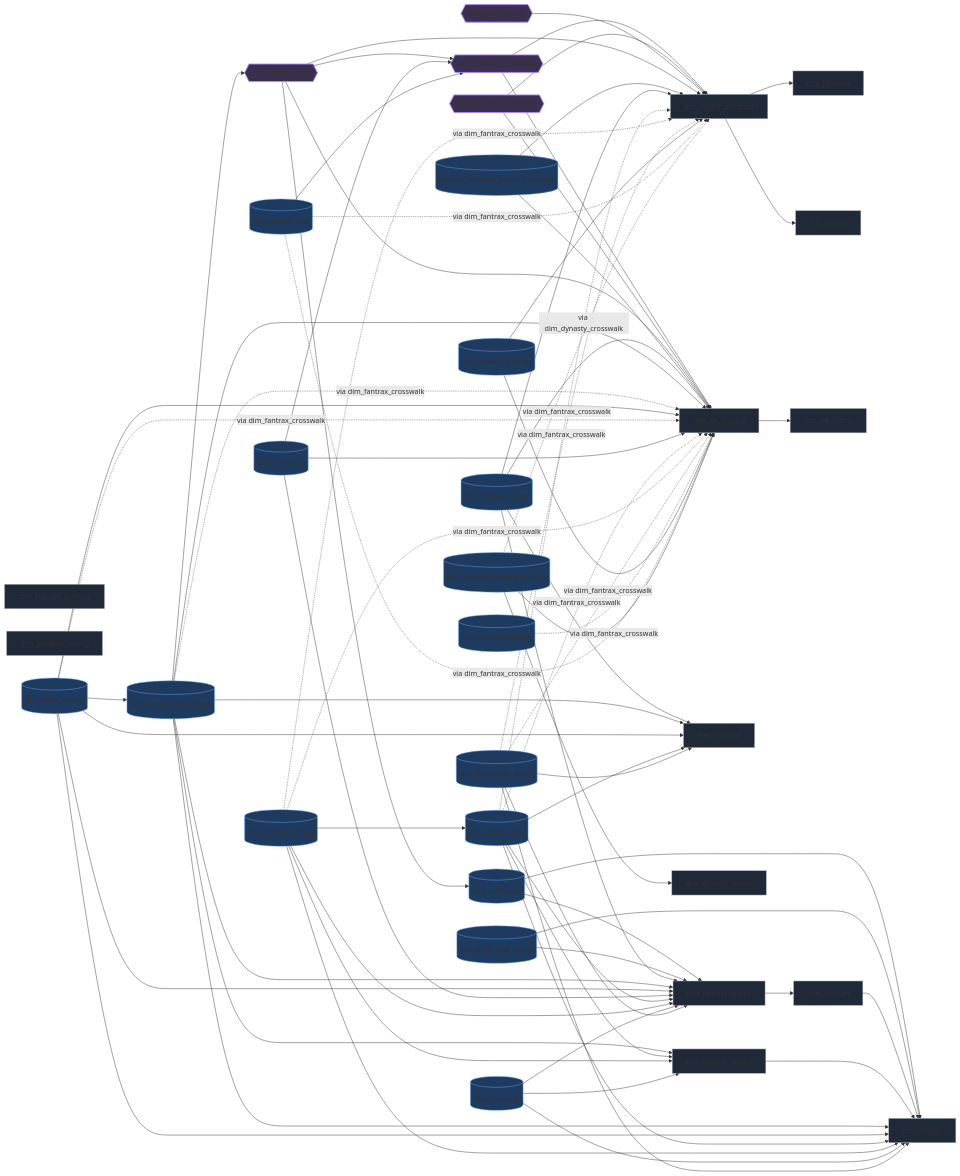
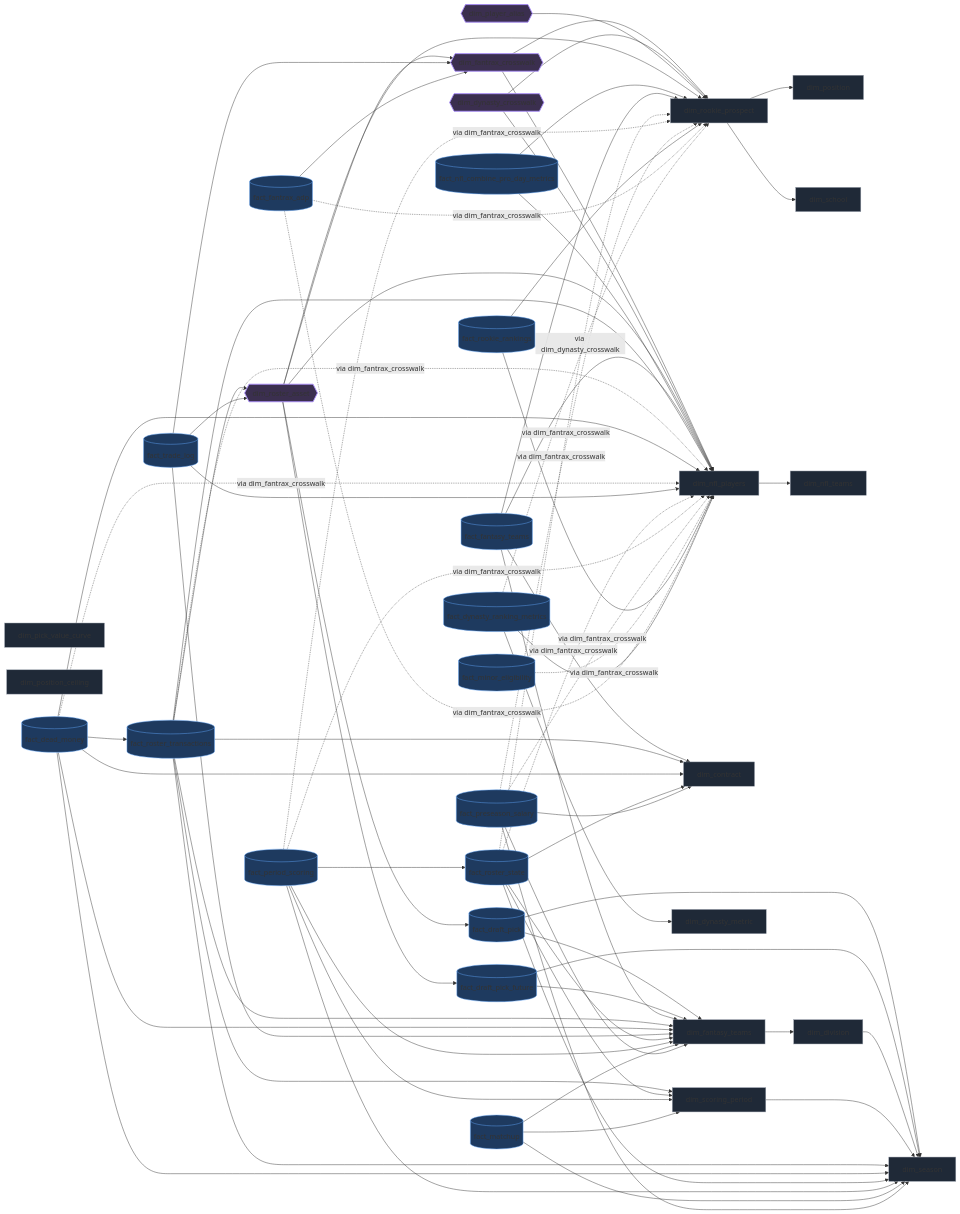
Before and after one commit to benjamininja/Python-PowerBI-DynastyFantasyFootball: the diagram in docs/DATA_MODEL.md, drawn with Mermaid. The commit also changed 12 other files, not shown here.

First line of the commit message:
feat: trade-log pick legs resolve to a pick, every pick is an asset (#109)

```diff
--- a/docs/DATA_MODEL.md
+++ b/docs/DATA_MODEL.md
@@ -61,6 +61,7 @@
     dim_roster_asset --> dim_nfl_players
     dim_roster_asset --> dim_rookie_prospect
     dim_roster_asset --> fact_draft_pick
+    dim_roster_asset --> fact_draft_pick_future
     fact_nfl_combine_pro_day_metrics --> dim_nfl_players
     fact_nfl_combine_pro_day_metrics --> dim_rookie_prospect
     fact_fantasy_teams --> dim_fantasy_teams
@@ -80,6 +81,7 @@
     fact_dead_money --> dim_contract
     fact_dead_money --> dim_nfl_players
     fact_dead_money -.via dim_fantrax_crosswalk.-> dim_nfl_players
+    fact_trade_log --> dim_roster_asset
     fact_trade_log --> dim_fantasy_teams
     fact_trade_log --> dim_fantrax_crosswalk
     fact_trade_log --> dim_nfl_players
```
